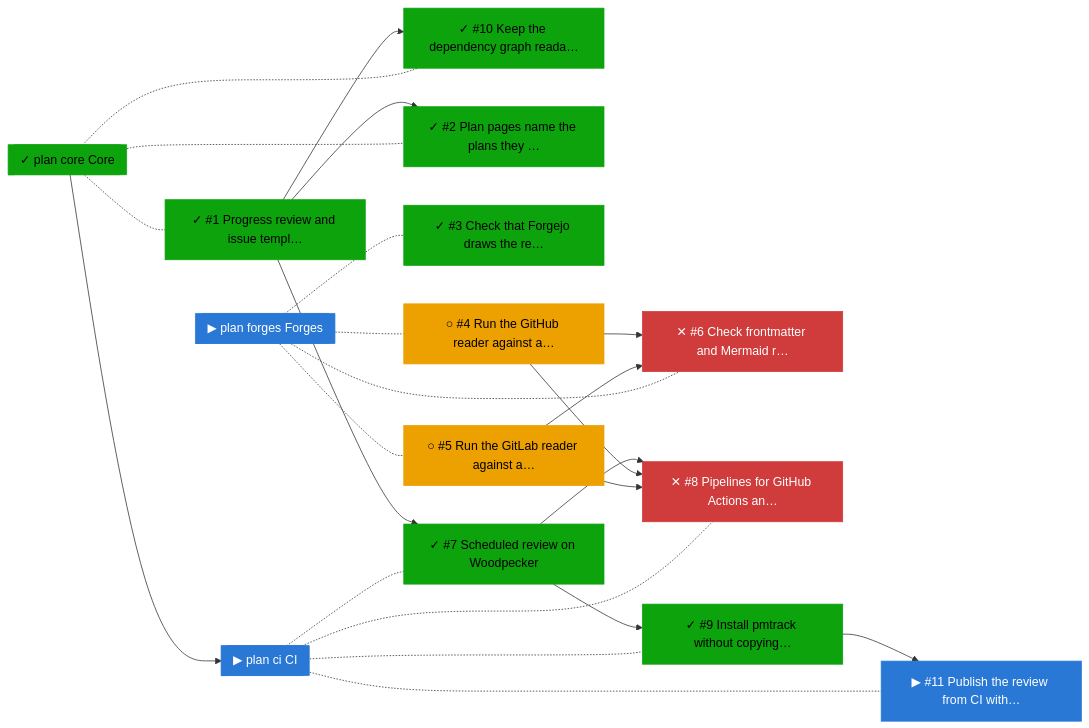
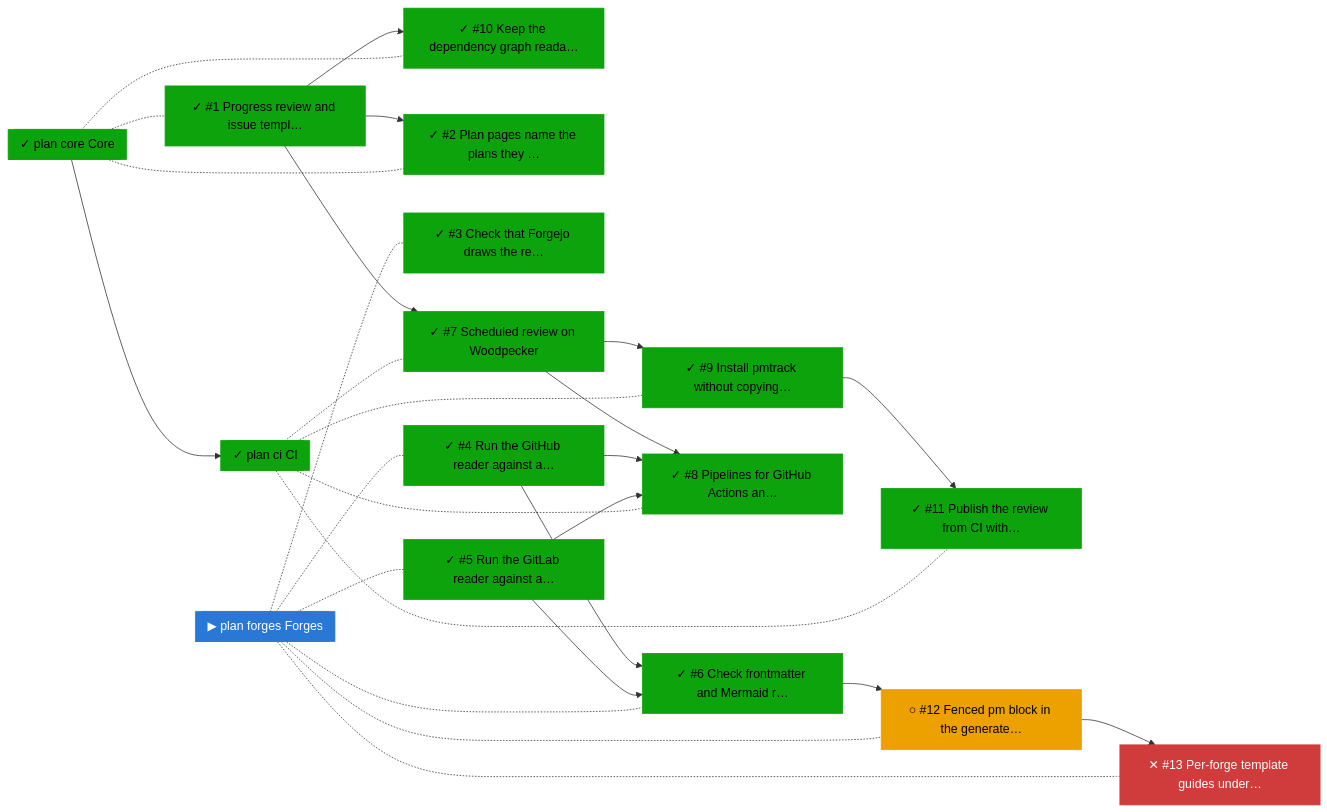
Before and after one commit to bvraghav/pmtrack: the fourth of 5 diagrams in README.md, drawn with Mermaid. The commit also changed other lines of this file and 4 other files, not shown here.

````diff
--- a/README.md
+++ b/README.md
@@ -79,45 +82,51 @@
 ```mermaid
 flowchart LR
   n0["✓ #1 Progress review and issue templ…"]:::done
   n1["✓ #10 Keep the dependency graph reada…"]:::done
-  n2["▶ #11 Publish the review from CI with…"]:::active
-  n3["✓ #2 Plan pages name the plans they …"]:::done
-  n4["✓ #3 Check that Forgejo draws the re…"]:::done
-  n5["○ #4 Run the GitHub reader against a…"]:::ready
-  n6["○ #5 Run the GitLab reader against a…"]:::ready
-  n7["✕ #6 Check frontmatter and Mermaid r…"]:::blocked
-  n8["✓ #7 Scheduled review on Woodpecker"]:::done
-  n9["✕ #8 Pipelines for GitHub Actions an…"]:::blocked
-  n10["✓ #9 Install pmtrack without copying…"]:::done
-  n11[["▶ plan ci CI"]]:::active
-  n12[["✓ plan core Core"]]:::done
-  n13[["▶ plan forges Forges"]]:::active
+  n2["✓ #11 Publish the review from CI with…"]:::done
+  n3["○ #12 Fenced pm block in the generate…"]:::ready
+  n4["✕ #13 Per-forge template guides under…"]:::blocked
+  n5["✓ #2 Plan pages name the plans they …"]:::done
+  n6["✓ #3 Check that Forgejo draws the re…"]:::done
+  n7["✓ #4 Run the GitHub reader against a…"]:::done
+  n8["✓ #5 Run the GitLab reader against a…"]:::done
+  n9["✓ #6 Check frontmatter and Mermaid r…"]:::done
+  n10["✓ #7 Scheduled review on Woodpecker"]:::done
+  n11["✓ #8 Pipelines for GitHub Actions an…"]:::done
+  n12["✓ #9 Install pmtrack without copying…"]:::done
+  n13[["✓ plan ci CI"]]:::done
+  n14[["✓ plan core Core"]]:::done
+  n15[["▶ plan forges Forges"]]:::active
   n0 --> n1
-  n10 --> n2
-  n0 --> n3
-  n5 --> n7
-  n6 --> n7
-  n0 --> n8
+  n12 --> n2
+  n9 --> n3
+  n3 --> n4
+  n0 --> n5
+  n7 --> n9
   n8 --> n9
-  n5 --> n9
-  n6 --> n9
-  n8 --> n10
-  n11 -.- n8
-  n11 -.- n9
-  n11 -.- n10
-  n11 -.- n2
-  n12 --> n11
-  n12 -.- n0
-  n12 -.- n3
-  n12 -.- n1
-  n13 -.- n4
-  n13 -.- n5
-  n13 -.- n6
-  n13 -.- n7
+  n0 --> n10
+  n10 --> n11
+  n7 --> n11
+  n8 --> n11
+  n10 --> n12
+  n13 -.- n10
+  n13 -.- n11
+  n13 -.- n12
+  n13 -.- n2
+  n14 --> n13
+  n14 -.- n0
+  n14 -.- n5
+  n14 -.- n1
+  n15 -.- n6
+  n15 -.- n7
+  n15 -.- n8
+  n15 -.- n9
+  n15 -.- n3
+  n15 -.- n4
   classDef done fill:#0ca30c,color:#000,stroke:#0ca30c
   classDef active fill:#2a78d6,color:#fff,stroke:#2a78d6
   classDef ready fill:#eda100,color:#000,stroke:#eda100
   classDef blocked fill:#d03b3b,color:#fff,stroke:#d03b3b
   classDef unknown fill:#898781,color:#000,stroke:#898781
   classDef dropped fill:#898781,color:#000,stroke:#898781
 ```
````
